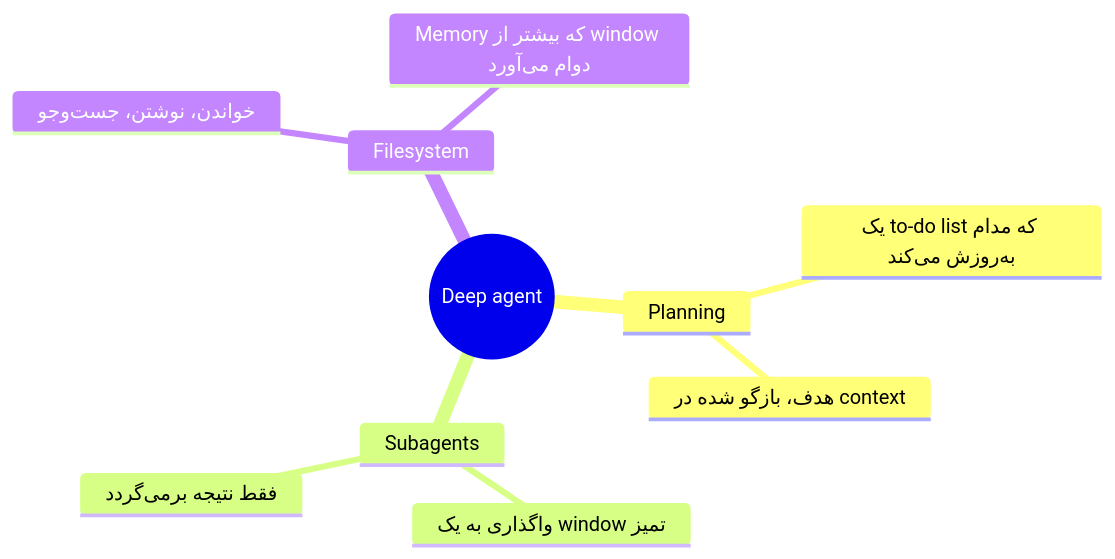
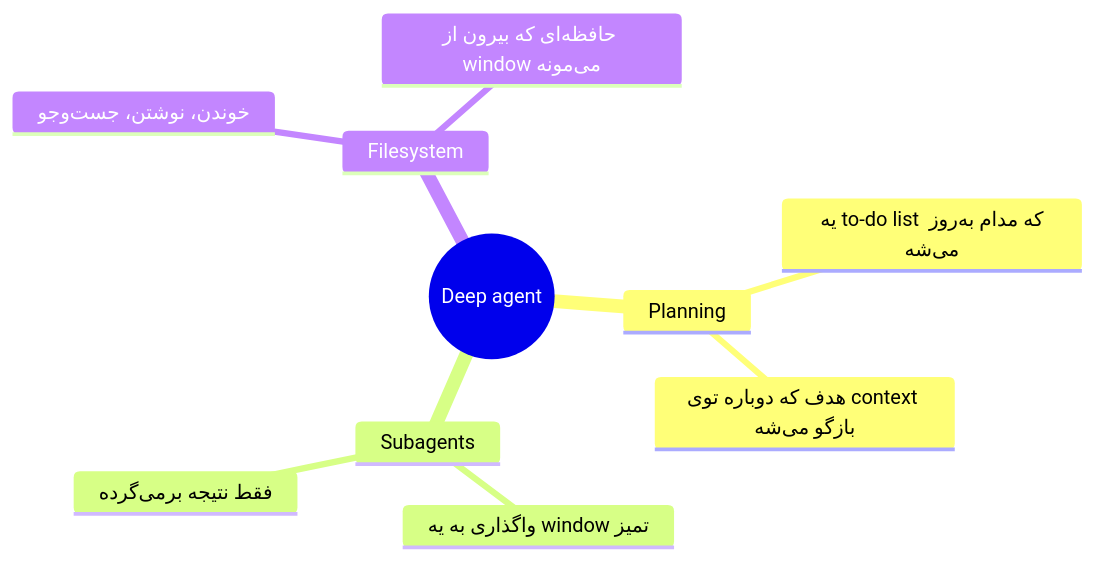
One commit to lokumai/ai-engineering-bazaar changed the first of 2 diagrams in mini-courses/2_intermediate/context_engineering_fa.md. Above: the diagram before and after it, drawn with Mermaid. The commit also changed other lines of this file and 63 other files, not shown here.

````diff
--- a/mini-courses/2_intermediate/context_engineering_fa.md
+++ b/mini-courses/2_intermediate/context_engineering_fa.md
@@ -142,13 +141,13 @@
 ```mermaid
 mindmap
   root((Deep agent))
     Planning
-      یک to-do list که مدام به‌روزش می‌کند
-      هدف، بازگو شده در context
+      یه to-do list که مدام به‌روز می‌شه
+      هدف که دوباره توی context بازگو می‌شه
     Subagents
-      واگذاری به یک window تمیز
-      فقط نتیجه برمی‌گردد
+      واگذاری به یه window تمیز
+      فقط نتیجه برمی‌گرده
     Filesystem
-      خواندن، نوشتن، جست‌وجو
-      Memory که بیشتر از window دوام می‌آورد
+      خوندن، نوشتن، جست‌وجو
+      حافظه‌ای که بیرون از window می‌مونه
 ```
````
